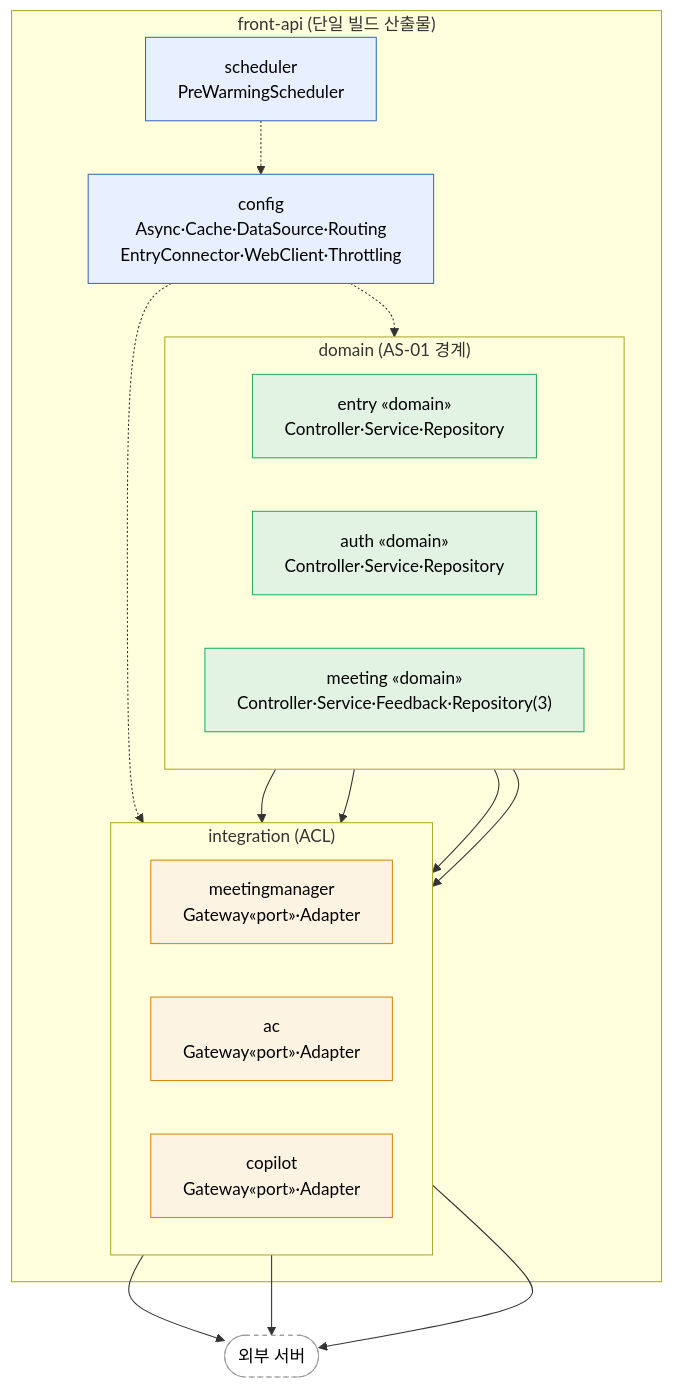
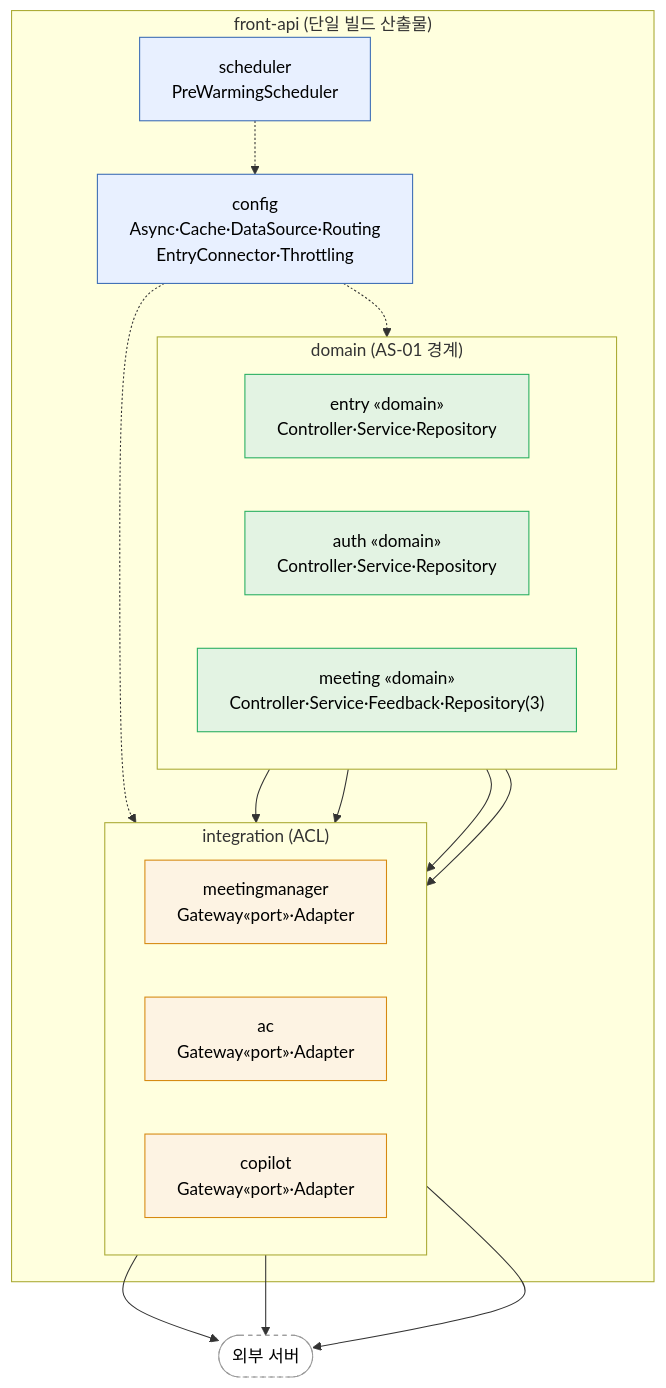
One commit to sujinnkim/A_Personal changed the diagram in docs/05-architecture-design/4.2-execution/4.2.2-module-view/overview.md. Above: the diagram before and after it, drawn with Mermaid. The commit also changed other lines of this file and 25 other files, not shown here.

````diff
--- a/docs/05-architecture-design/4.2-execution/4.2.2-module-view/overview.md
+++ b/docs/05-architecture-design/4.2-execution/4.2.2-module-view/overview.md
@@ -20,40 +20,40 @@
 ```mermaid
 flowchart TB
     subgraph FA["front-api (단일 빌드 산출물)"]
         subgraph DOMAIN["domain (AS-01 경계)"]
             direction LR
             ENTRY["entry «domain»<br/>Controller·Service·Repository"]
             AUTH["auth «domain»<br/>Controller·Service·Repository"]
             MEETING["meeting «domain»<br/>Controller·Service·Feedback·Repository(3)"]
         end
         subgraph INTEG["integration (ACL)"]
             direction LR
             MM["meetingmanager<br/>Gateway«port»·Adapter"]
             AC["ac<br/>Gateway«port»·Adapter"]
             CP["copilot<br/>Gateway«port»·Adapter"]
         end
-        CFG["config<br/>Async·Cache·DataSource·Routing<br/>EntryConnector·WebClient·Throttling"]
+        CFG["config<br/>Async·Cache·DataSource·Routing<br/>EntryConnector·Throttling"]
         SCH["scheduler<br/>PreWarmingScheduler"]
     end
     EXT(["외부 서버"])
 
     ENTRY --> MM
     AUTH --> AC
     AUTH --> CP
     MEETING --> MM
     MM --> EXT
     AC --> EXT
     CP --> EXT
     CFG -.-> DOMAIN
     CFG -.-> INTEG
     SCH -.-> CFG
 
     classDef dom fill:#e3f3e3,color:#000,stroke:#27ae60
     classDef integ fill:#fdf3e3,color:#000,stroke:#d68910
     classDef infra fill:#e8f0ff,color:#000,stroke:#3b6cb5
     classDef ext fill:#ffffff,color:#000,stroke:#999,stroke-dasharray:4 4
     class ENTRY,AUTH,MEETING dom
     class MM,AC,CP integ
     class CFG,SCH infra
     class EXT ext
 ```
````
